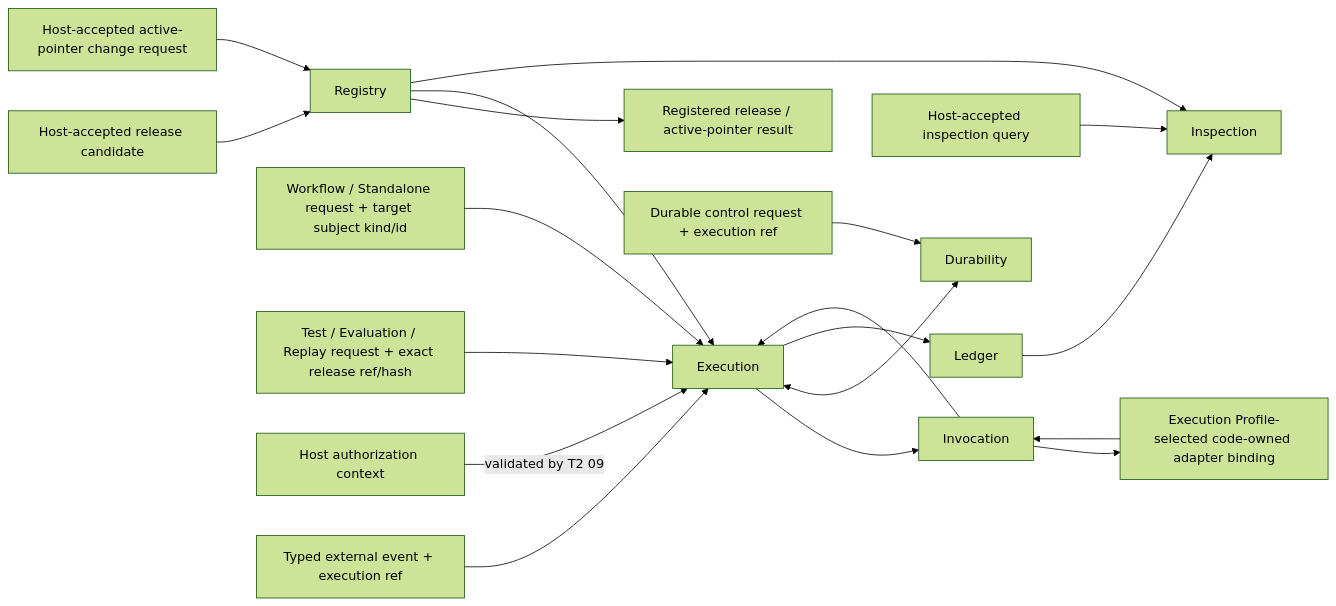
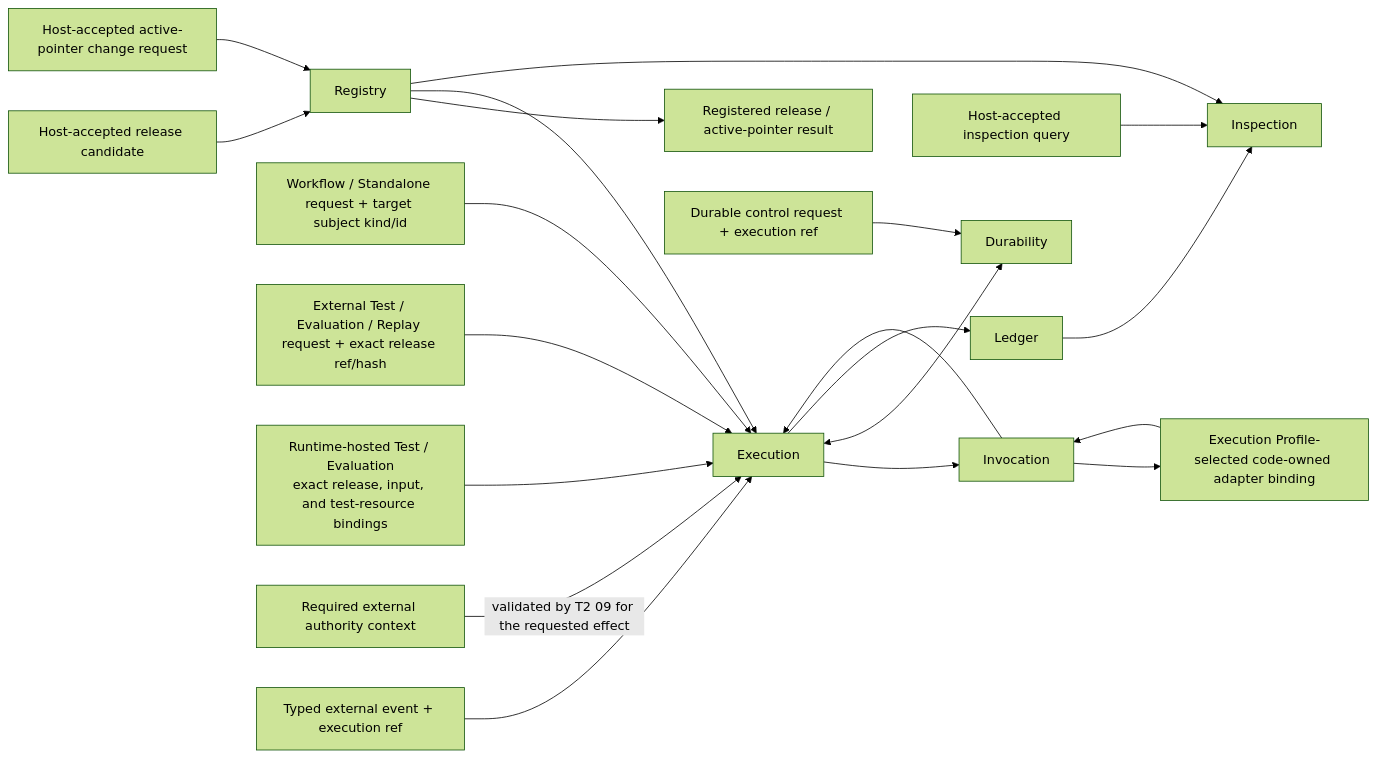
Before and after one commit to bobaoai/agent_runtime: the first of 2 diagrams in designDoc/agent_runtime_00_execution_charter.md, drawn with Mermaid (forest theme). The commit also changed other lines of this file and 71 other files, not shown here.

````diff
--- a/designDoc/agent_runtime_00_execution_charter.md
+++ b/designDoc/agent_runtime_00_execution_charter.md
@@ -76,21 +80,22 @@
 ```mermaid
 flowchart LR
     C["Host-accepted release candidate"] --> R["Registry"]
     T["Host-accepted active-pointer change request"] --> R
     R --> U["Registered release / active-pointer result"]
     Q["Workflow / Standalone request + target subject kind/id"] --> E["Execution"]
-    Y["Test / Evaluation / Replay request + exact release ref/hash"] --> E
-    H["Host authorization context"] -->|"validated by T2 09"| E
+    Y["External Test / Evaluation / Replay request + exact release ref/hash"] --> E
+    S["Runtime-hosted Test / Evaluation<br/>exact release, input, and test-resource bindings"] --> E
+    H["Required external authority context"] -->|"validated by T2 09 for the requested effect"| E
     X["Typed external event + execution ref"] --> E
     K["Durable control request + execution ref"] --> D["Durability"]
     O["Host-accepted inspection query"] --> N["Inspection"]
     R --> E
     E --> I["Invocation"]
     I --> P["Execution Profile-selected code-owned adapter binding"]
     P --> I
     I --> E
     E <--> D
     E --> L["Ledger"]
     R --> N
     L --> N
 ```
````
